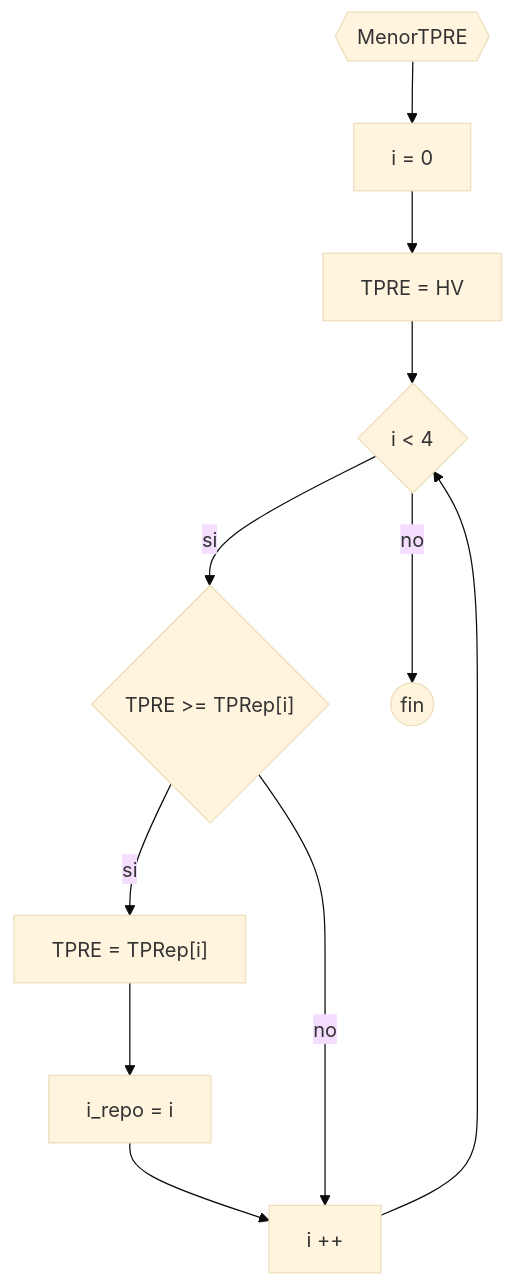
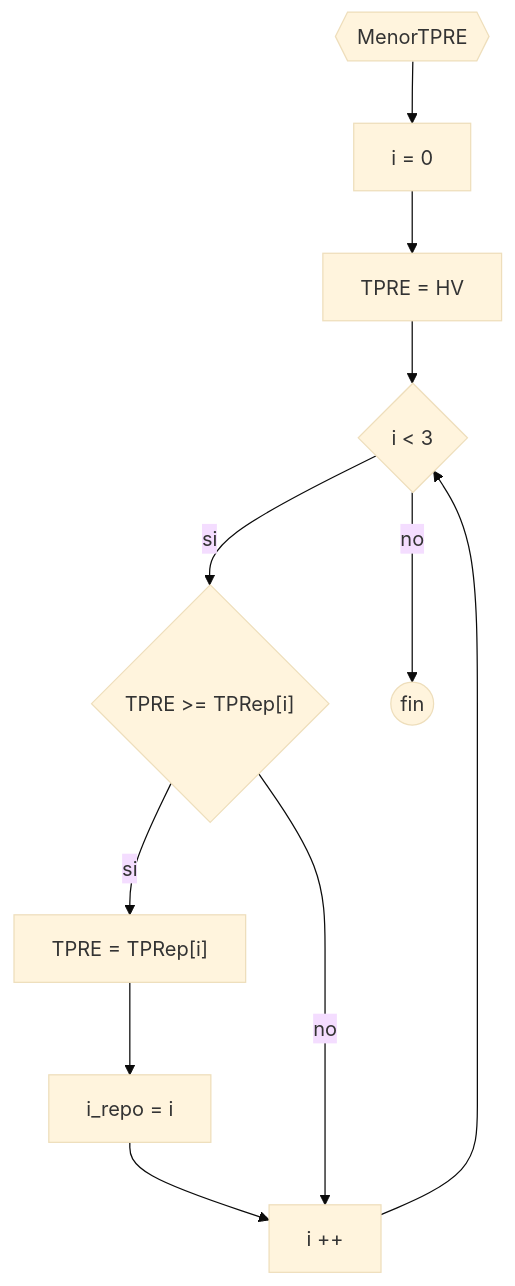
One commit to JuanManuelPrividera/TP-Simu changed the diagram in docs/Diagramas/init/MenorTPRE.mermaid. Above: the diagram before and after it, drawn with Mermaid (base theme). The commit also changed 24 other files, not shown here.

```diff
--- a/docs/Diagramas/init/MenorTPRE.mermaid
+++ b/docs/Diagramas/init/MenorTPRE.mermaid
@@ -1,6 +1,6 @@
 flowchart TD
-    aa{{MenorTPRE}} --> ii[i = 0] --> tpre[TPRE = HV] --> iff{"i < 4"}
+    aa{{MenorTPRE}} --> ii[i = 0] --> tpre[TPRE = HV] --> iff{"i < 3"}
     iff --> |si| if1{"TPRE >= TPRep[i]"} 
     if1 --> |si| a1["TPRE = TPRep[i]"] --> a2[i_repo = i] --> cc[i ++] --> iff
     if1 --> |no| cc
     iff --> |no| a4((fin))
```
